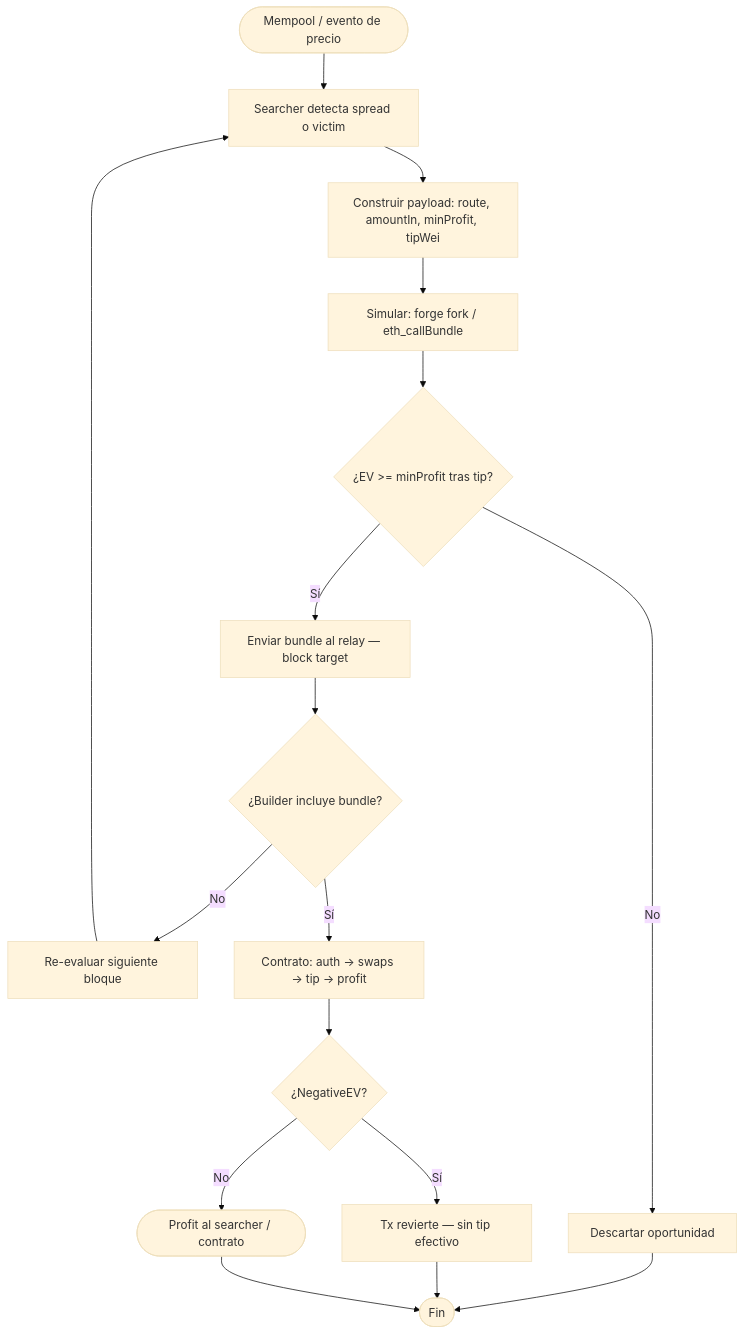
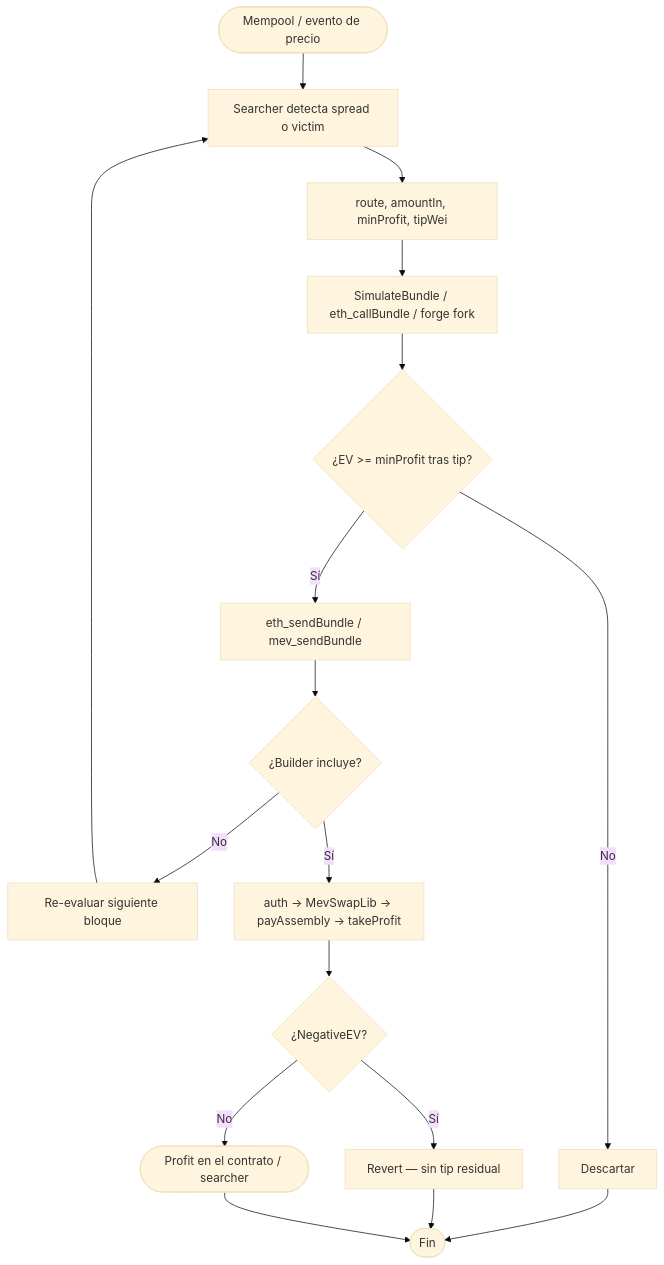
The second of 9 diagrams in doc/flujograma.md (rastrahm/mev-hft-infra), drawn with Mermaid (base theme) before and after one commit. The commit also changed other lines of this file and 5 other files, not shown here.

````diff
--- a/doc/flujograma.md
+++ b/doc/flujograma.md
@@ -34,19 +35,19 @@
 ```mermaid
 flowchart TD
     Start([Mempool / evento de precio]) --> Detect[Searcher detecta spread o victim]
-    Detect --> Build[Construir payload: route, amountIn, minProfit, tipWei]
-    Build --> Sim[Simular: forge fork / eth_callBundle]
+    Detect --> Build[route, amountIn, minProfit, tipWei]
+    Build --> Sim[SimulateBundle / eth_callBundle / forge fork]
     Sim --> OkSim{¿EV >= minProfit tras tip?}
-    OkSim -->|No| Drop[Descartar oportunidad]
-    OkSim -->|Sí| Send[Enviar bundle al relay — block target]
-    Send --> Incl{¿Builder incluye bundle?}
+    OkSim -->|No| Drop[Descartar]
+    OkSim -->|Sí| Send[eth_sendBundle / mev_sendBundle]
+    Send --> Incl{¿Builder incluye?}
     Incl -->|No| Retry[Re-evaluar siguiente bloque]
-    Incl -->|Sí| Exec[Contrato: auth → swaps → tip → profit]
+    Incl -->|Sí| Exec[auth → MevSwapLib → payAssembly → takeProfit]
     Exec --> Profit{¿NegativeEV?}
-    Profit -->|Sí| Rev[Tx revierte — sin tip efectivo]
-    Profit -->|No| Done([Profit al searcher / contrato])
+    Profit -->|Sí| Rev[Revert — sin tip residual]
+    Profit -->|No| Done([Profit en el contrato / searcher])
     Drop --> End([Fin])
     Retry --> Detect
     Rev --> End
     Done --> End
 ```
````
